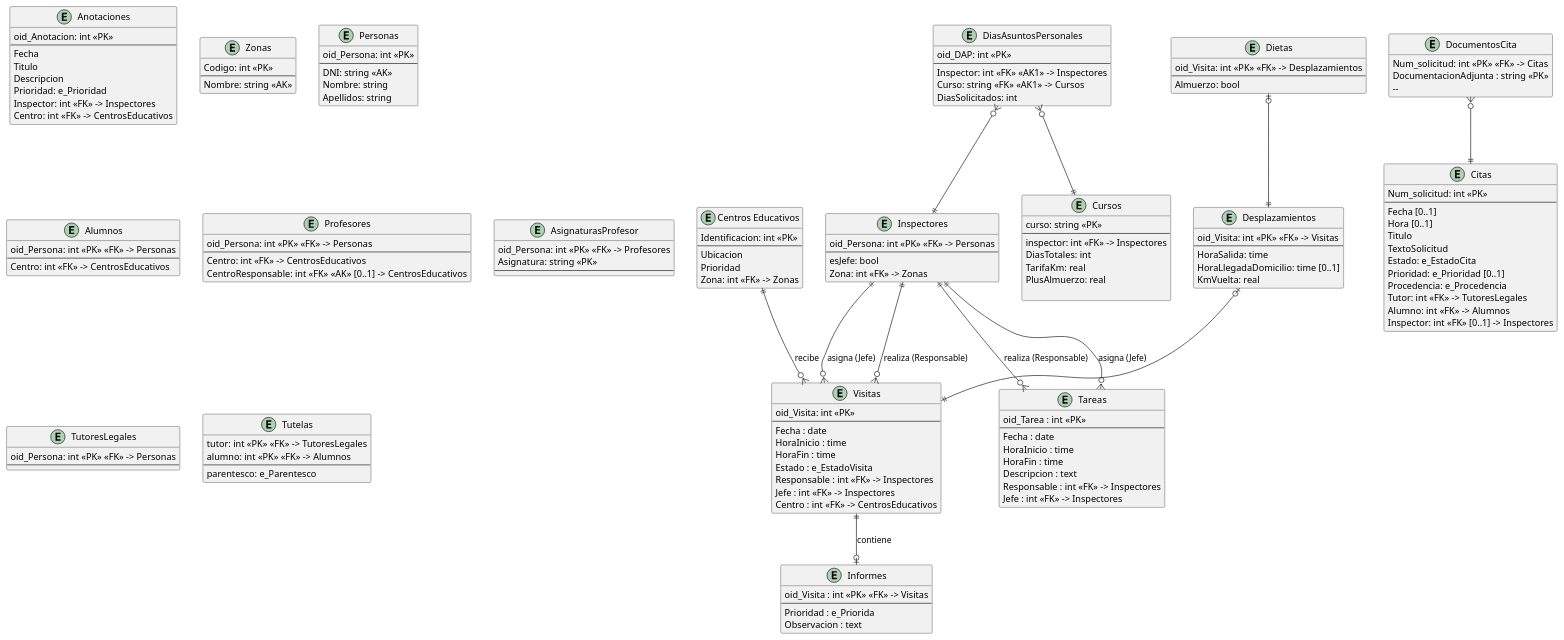
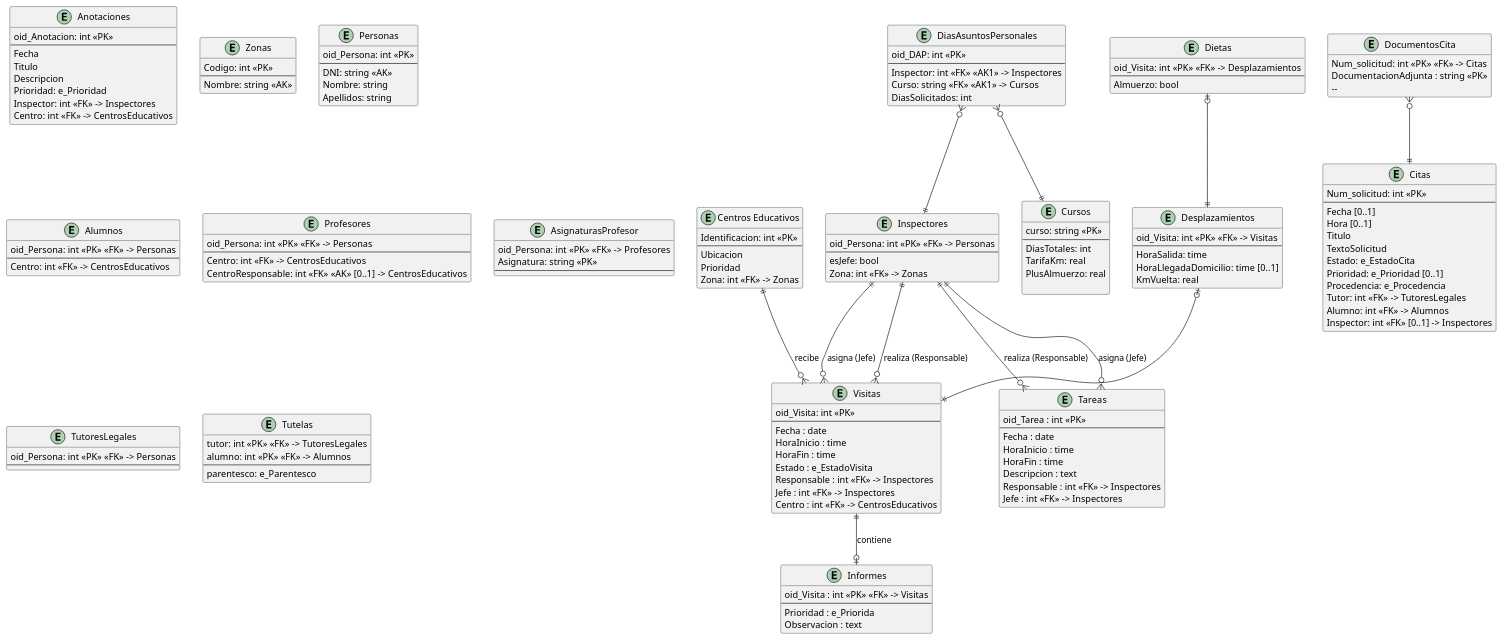
The diagram in modelado/modelado_relacional.puml (lorenzomaranon/ProyectoBD_Inspeccion_Educativa), drawn with PlantUML before and after one commit.

Commit message:
elimina FK inspector de Cursos, porque es comun a todos los inspectores

```diff
--- a/modelado/modelado_relacional.puml
+++ b/modelado/modelado_relacional.puml
@@ -1,177 +1,175 @@
 @startuml modelado_relacional
 hide methods
 skinparam ClassAttributeIconSize 0
 
 
 entity "Centros Educativos" as CentrosEducativos {
     Identificacion: int <<PK>>
     --
     Ubicacion
     Prioridad
     Zona: int <<FK>> -> Zonas
 }
 
 entity DocumentosCita {
     Num_solicitud: int <<PK>> <<FK>> -> Citas
     DocumentacionAdjunta : string <<PK>>
     --   
 }
 
 entity Citas {
     Num_solicitud: int <<PK>> 
     --
     Fecha [0..1]
     Hora [0..1]
     Titulo
     TextoSolicitud
     Estado: e_EstadoCita
     Prioridad: e_Prioridad [0..1]
     Procedencia: e_Procedencia
     Tutor: int <<FK>> -> TutoresLegales
     Alumno: int <<FK>> -> Alumnos
     Inspector: int <<FK>> [0..1] -> Inspectores
 }
 
 entity Anotaciones {
     oid_Anotacion: int <<PK>>
     --
     Fecha
     Titulo
     Descripcion
     Prioridad: e_Prioridad
     Inspector: int <<FK>> -> Inspectores
     Centro: int <<FK>> -> CentrosEducativos
 }
 
 entity Visitas {
     oid_Visita: int <<PK>>
     --
     Fecha : date
     HoraInicio : time
     HoraFin : time
     Estado : e_EstadoVisita
     Responsable : int <<FK>> -> Inspectores
     Jefe : int <<FK>> -> Inspectores
     Centro : int <<FK>> -> CentrosEducativos
 }
 
 entity Informes {
     oid_Visita : int <<PK>> <<FK>> -> Visitas
     --
     Prioridad : e_Priorida
     Observacion : text
 }
 
 entity Tareas {
     oid_Tarea : int <<PK>>
     --
     Fecha : date
     HoraInicio : time
     HoraFin : time
     Descripcion : text
     Responsable : int <<FK>> -> Inspectores
     Jefe : int <<FK>> -> Inspectores
 }
 
 entity Zonas {
     Codigo: int <<PK>>
     --
     Nombre: string <<AK>>
 }
 
 entity Personas {
     oid_Persona: int <<PK>>
     --
     DNI: string <<AK>>
     Nombre: string
     Apellidos: string
 }
 
 entity Inspectores {
     oid_Persona: int <<PK>> <<FK>> -> Personas
     --
     esJefe: bool
     Zona: int <<FK>> -> Zonas
 }
 
 entity Alumnos {
     oid_Persona: int <<PK>> <<FK>> -> Personas
     --
     Centro: int <<FK>> -> CentrosEducativos
 }
 
 entity Profesores {
     oid_Persona: int <<PK>> <<FK>> -> Personas
     --
     Centro: int <<FK>> -> CentrosEducativos
     CentroResponsable: int <<FK>> <<AK>> [0..1] -> CentrosEducativos
 }
 
 entity AsignaturasProfesor {
     oid_Persona: int <<PK>> <<FK>> -> Profesores
     Asignatura: string <<PK>>
     --
 }
 
 entity TutoresLegales {
     oid_Persona: int <<PK>> <<FK>> -> Personas
     --
 }
 
 entity Tutelas {
     tutor: int <<PK>> <<FK>> -> TutoresLegales
     alumno: int <<PK>> <<FK>> -> Alumnos
     --
     parentesco: e_Parentesco
 }
 
 Inspectores ||--o{ Visitas : realiza (Responsable)
 Inspectores ||--o{ Visitas : asigna (Jefe)
 Inspectores ||--o{ Tareas : realiza (Responsable)
 Inspectores ||--o{ Tareas : asigna (Jefe)
 CentrosEducativos ||--o{ Visitas : recibe
 Visitas ||--o| Informes : contiene
 
 entity Desplazamientos {
     oid_Visita: int <<PK>> <<FK>> -> Visitas
     --
     HoraSalida: time
     HoraLlegadaDomicilio: time [0..1]
     KmVuelta: real
 }
 
 entity Dietas {
     oid_Visita: int <<PK>> <<FK>> -> Desplazamientos
     --
     Almuerzo: bool
 }
 
 Desplazamientos |o--||Visitas
 Dietas |o--||Desplazamientos
 
 entity DiasAsuntosPersonales {
     oid_DAP: int <<PK>>
     --
     Inspector: int <<FK>> <<AK1>> -> Inspectores
     Curso: string <<FK>> <<AK1>> -> Cursos
     DiasSolicitados: int
 }
 
 entity Cursos {
     curso: string <<PK>>
     --
-    inspector: int <<FK>> -> Inspectores
     DiasTotales: int
-    '¿Cada inspector puede contar con DAP distintos? porque sino esta FK no tiene sentido'
     TarifaKm: real
     PlusAlmuerzo: real
 
 }
 
 DiasAsuntosPersonales }o--||Cursos
 DiasAsuntosPersonales }o--||Inspectores
 
 '------- ASOCIACIONES --------------------------------------
 DocumentosCita }o--|| Citas
 
 @enduml
```
